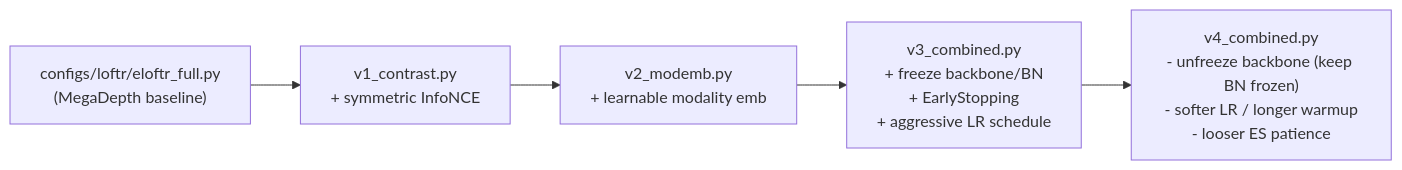
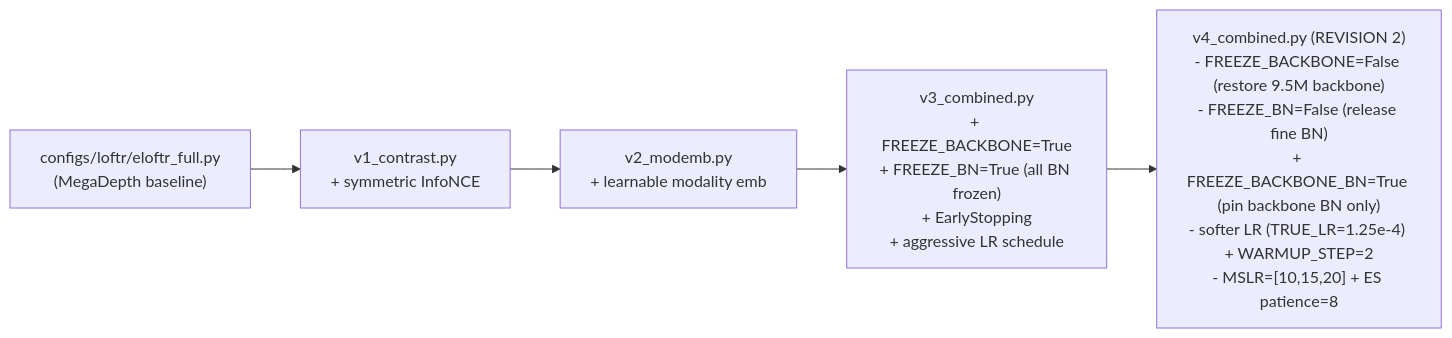
Before and after one commit to abirdlikefish/eloftr: the first of 3 diagrams in .cursor/skills/eloftr-cross-modal-experiments/SKILL.md, drawn with Mermaid. The commit also changed other lines of this file and 1 other file, not shown here.

````diff
--- a/.cursor/skills/eloftr-cross-modal-experiments/SKILL.md
+++ b/.cursor/skills/eloftr-cross-modal-experiments/SKILL.md
@@ -13,7 +13,7 @@
 ```mermaid
 flowchart LR
     base["configs/loftr/eloftr_full.py<br/>(MegaDepth baseline)"] --> v1["v1_contrast.py<br/>+ symmetric InfoNCE"]
     v1 --> v2["v2_modemb.py<br/>+ learnable modality emb"]
-    v2 --> v3["v3_combined.py<br/>+ freeze backbone/BN<br/>+ EarlyStopping<br/>+ aggressive LR schedule"]
-    v3 --> v4["v4_combined.py<br/>- unfreeze backbone (keep BN frozen)<br/>- softer LR / longer warmup<br/>- looser ES patience"]
+    v2 --> v3["v3_combined.py<br/>+ FREEZE_BACKBONE=True<br/>+ FREEZE_BN=True (all BN frozen)<br/>+ EarlyStopping<br/>+ aggressive LR schedule"]
+    v3 --> v4["v4_combined.py (REVISION 2)<br/>- FREEZE_BACKBONE=False (restore 9.5M backbone)<br/>- FREEZE_BN=False (release fine BN)<br/>+ FREEZE_BACKBONE_BN=True (pin backbone BN only)<br/>- softer LR (TRUE_LR=1.25e-4) + WARMUP_STEP=2<br/>- MSLR=[10,15,20] + ES patience=8"]
 ```
````
